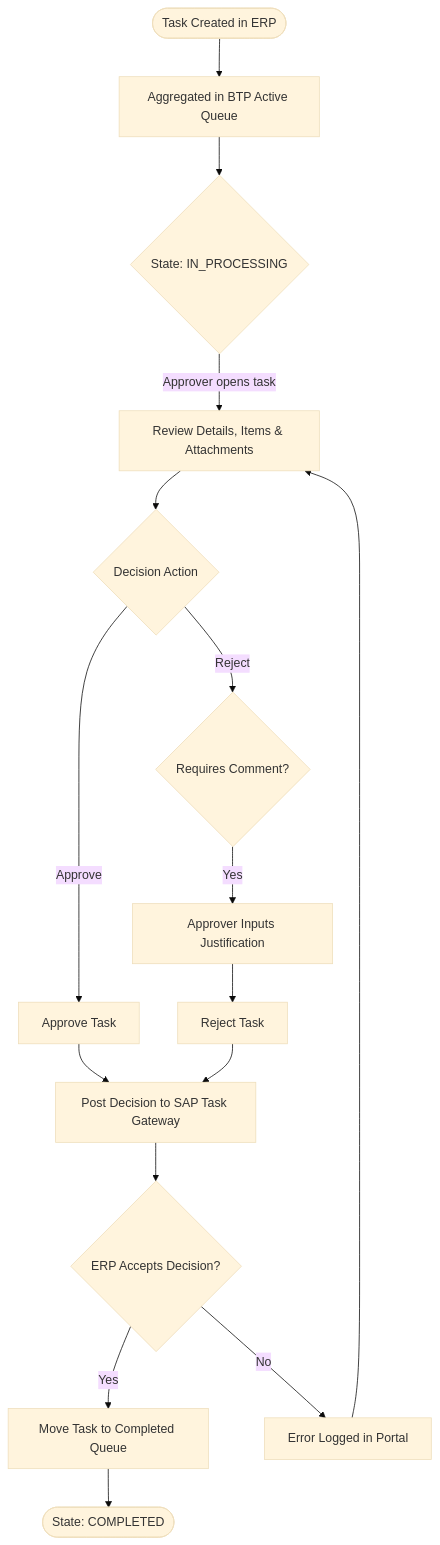
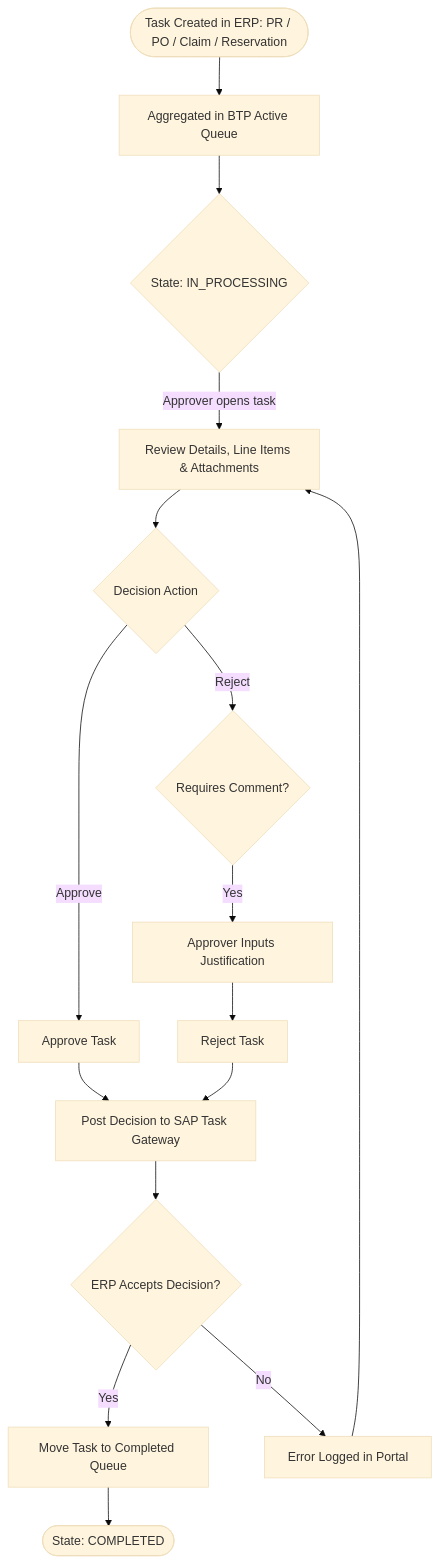
One commit to mindinh/approval-app changed the second of 3 diagrams in docs/business/01-process-flows.md. Above: the diagram before and after it, drawn with Mermaid (base theme). The commit also changed other lines of this file and 10 other files, not shown here.

Commit message:
docs(all): update technical architecture, REST API references, and business docs

````diff
--- a/docs/business/01-process-flows.md
+++ b/docs/business/01-process-flows.md
@@ -58,26 +62,26 @@
 ```mermaid
 flowchart TD
-    Start([Task Created in ERP]) --> Sync[Aggregated in BTP Active Queue]
+    Start([Task Created in ERP: PR / PO / Claim / Reservation]) --> Sync[Aggregated in BTP Active Queue]
     Sync --> StateReady{State: IN_PROCESSING}
     
-    StateReady -->|Approver opens task| Review[Review Details, Items & Attachments]
+    StateReady -->|Approver opens task| Review[Review Details, Line Items & Attachments]
     
     Review --> ActionSelected{Decision Action}
     
     ActionSelected -->|Approve| ConfirmApprove[Approve Task]
     ActionSelected -->|Reject| CommentCheck{Requires Comment?}
     
     CommentCheck -->|Yes| InputComment[Approver Inputs Justification]
     InputComment --> ConfirmReject[Reject Task]
     
     ConfirmApprove --> PostERP[Post Decision to SAP Task Gateway]
     ConfirmReject --> PostERP
     
     PostERP --> ERPValidation{ERP Accepts Decision?}
     
     ERPValidation -->|Yes| MoveHistory[Move Task to Completed Queue]
     MoveHistory --> FinalState([State: COMPLETED])
     
     ERPValidation -->|No| ErrorState[Error Logged in Portal]
     ErrorState --> Review
 ```
````
